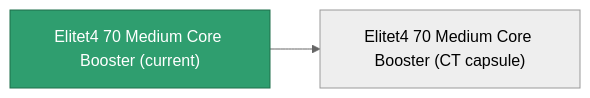
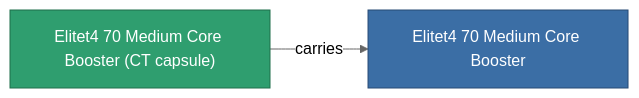
Before and after one commit to OpenPerpetuum/Wiki: the diagram in content/content/items/elitet4_70_medium_core_booster.md, drawn with Mermaid (neutral theme). The commit also changed other lines of this file and 2015 other files, not shown here.

````diff
--- a/content/content/items/elitet4_70_medium_core_booster.md
+++ b/content/content/items/elitet4_70_medium_core_booster.md
@@ -35,8 +35,9 @@
 ```mermaid
 graph LR
-    a["Elitet4 70 Medium Core Booster (current)"]:::current
-    b["Elitet4 70 Medium Core Booster (CT capsule)"]
-    a --> b
-    click b "/content/items/elitet4-70-medium-core-booster-ct-capsule/" "Elitet4 70 Medium Core Booster (CT capsule)"
+    a["Elitet4 70 Medium Core Booster (CT capsule)"]:::current
+    b["Elitet4 70 Medium Core Booster"]:::finished
+    a -->|carries| b
+                click b "/content/items/elitet4-70-medium-core-booster/" "Elitet4 70 Medium Core Booster"
     classDef current fill:#2f9e6f,stroke:#1f6f4a,color:#ffffff
+    classDef finished fill:#3b6ea5,stroke:#274a75,color:#ffffff
 ```
````
